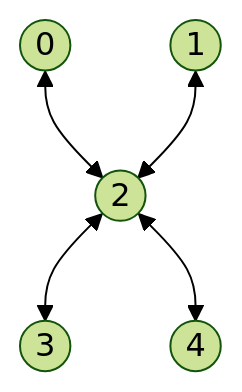
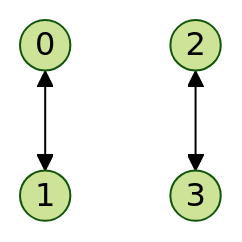
The diagram in qpu175/README.md (qiboteam/qibolab_platforms_qrc), drawn with Mermaid (forest theme) before and after one commit. The commit also changed other lines of this file and 2 other files, not shown here.

````diff
--- a/qpu175/README.md
+++ b/qpu175/README.md
@@ -13,11 +13,9 @@
 ```mermaid
 ---
 config:
 layout: elk
 ---
 graph TD;
-    0((0)) <--> 2((2));
-    1((1)) <--> 2((2));
+    0((0)) <--> 1((1));
     2((2)) <--> 3((3));
-    2((2)) <--> 4((4));
 ```
````
